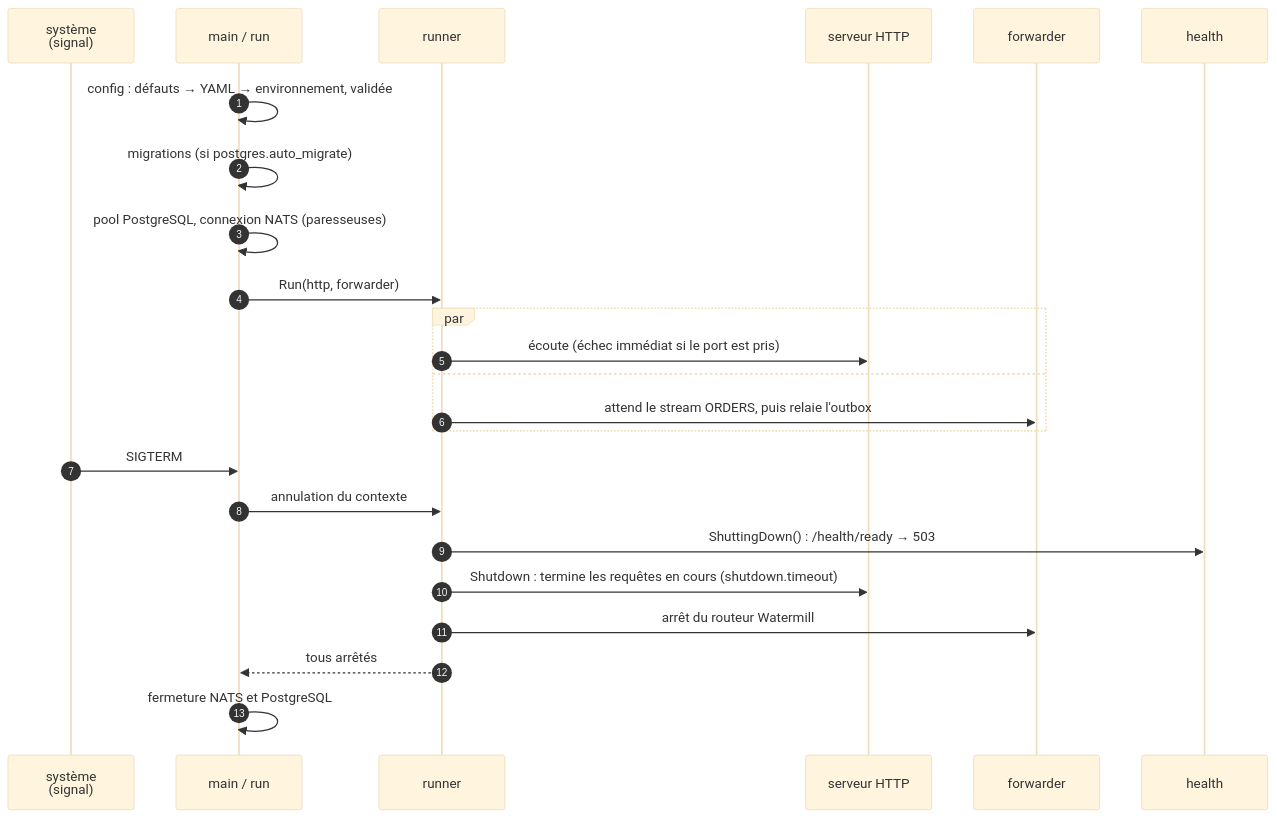
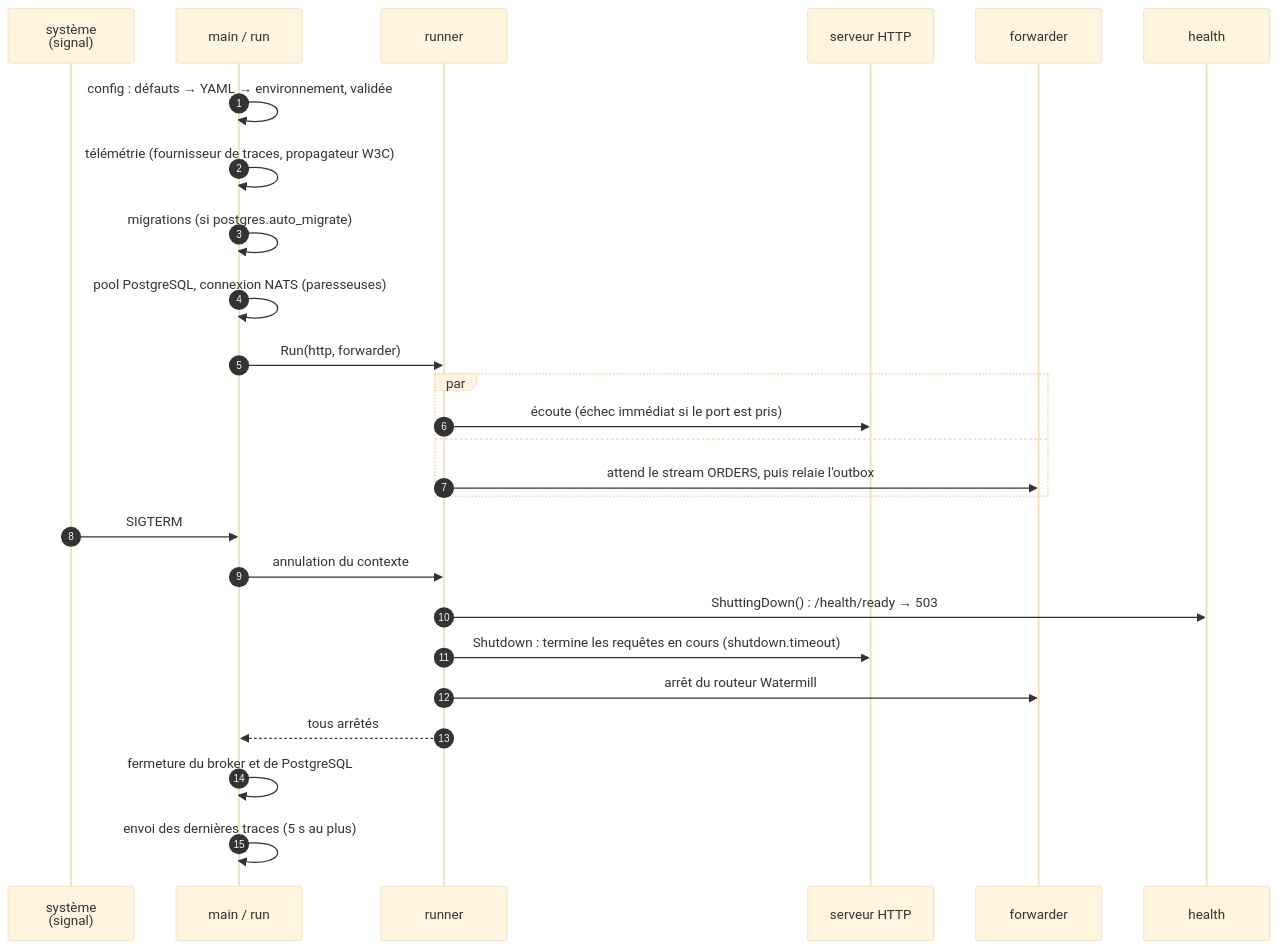
Before and after one commit to laurentpoirierfr/go-api-skeleton: the diagram in assets/08-lifecycle.md, drawn with Mermaid (base theme). The commit also changed 27 other files, not shown here.

````diff
--- a/assets/08-lifecycle.md
+++ b/assets/08-lifecycle.md
@@ -3,28 +3,30 @@
 ```mermaid
 sequenceDiagram
     autonumber
     participant OS as système<br/>(signal)
     participant Main as main / run
     participant R as runner
     participant HTTP as serveur HTTP
     participant F as forwarder
     participant H as health
 
     Main->>Main: config : défauts → YAML → environnement, validée
+    Main->>Main: télémétrie (fournisseur de traces, propagateur W3C)
     Main->>Main: migrations (si postgres.auto_migrate)
     Main->>Main: pool PostgreSQL, connexion NATS (paresseuses)
     Main->>R: Run(http, forwarder)
     par
         R->>HTTP: écoute (échec immédiat si le port est pris)
     and
         R->>F: attend le stream ORDERS, puis relaie l'outbox
     end
 
     OS->>Main: SIGTERM
     Main->>R: annulation du contexte
     R->>H: ShuttingDown() : /health/ready → 503
     R->>HTTP: Shutdown : termine les requêtes en cours (shutdown.timeout)
     R->>F: arrêt du routeur Watermill
     R-->>Main: tous arrêtés
-    Main->>Main: fermeture NATS et PostgreSQL
+    Main->>Main: fermeture du broker et de PostgreSQL
+    Main->>Main: envoi des dernières traces (5 s au plus)
 ```
````
